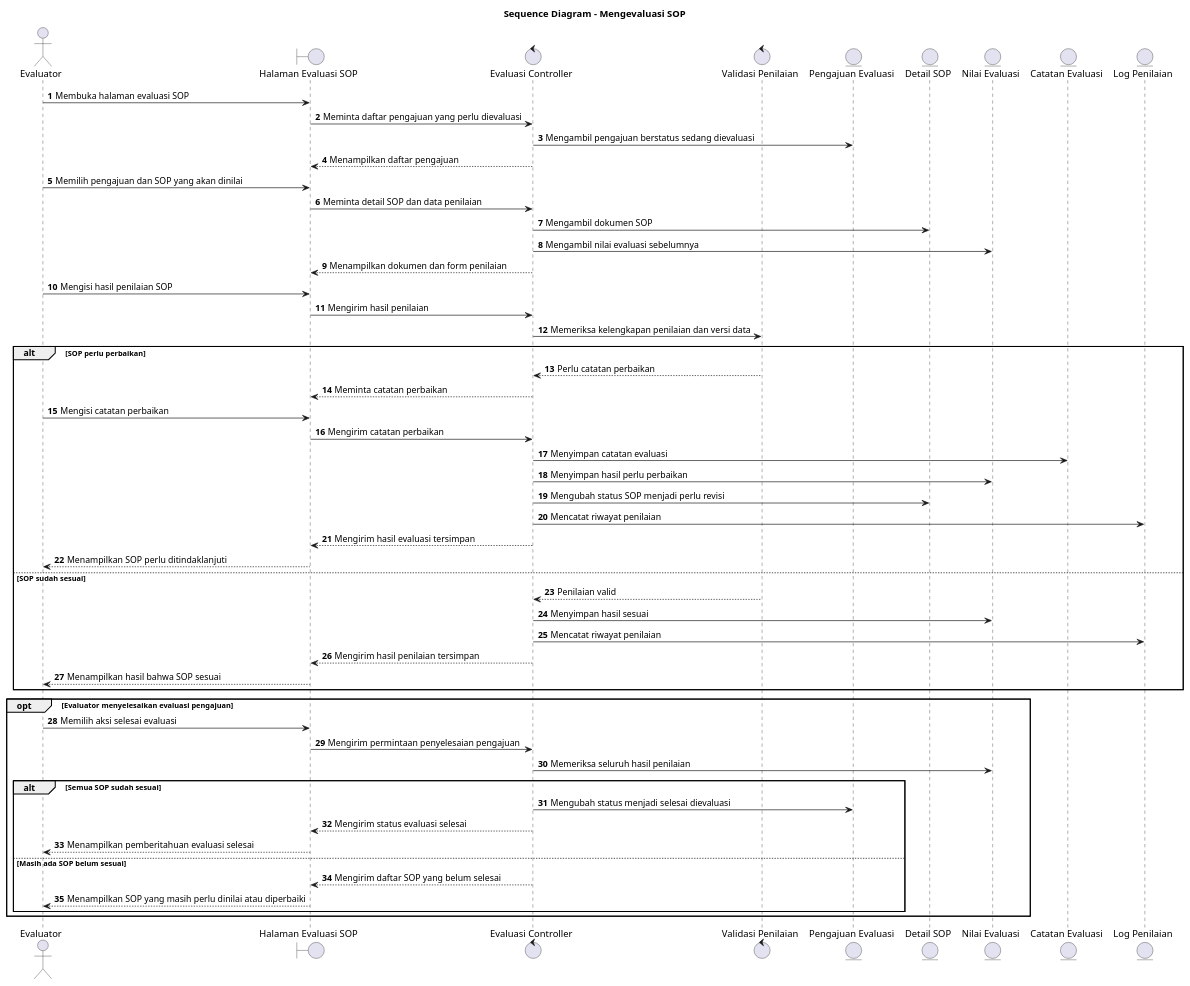
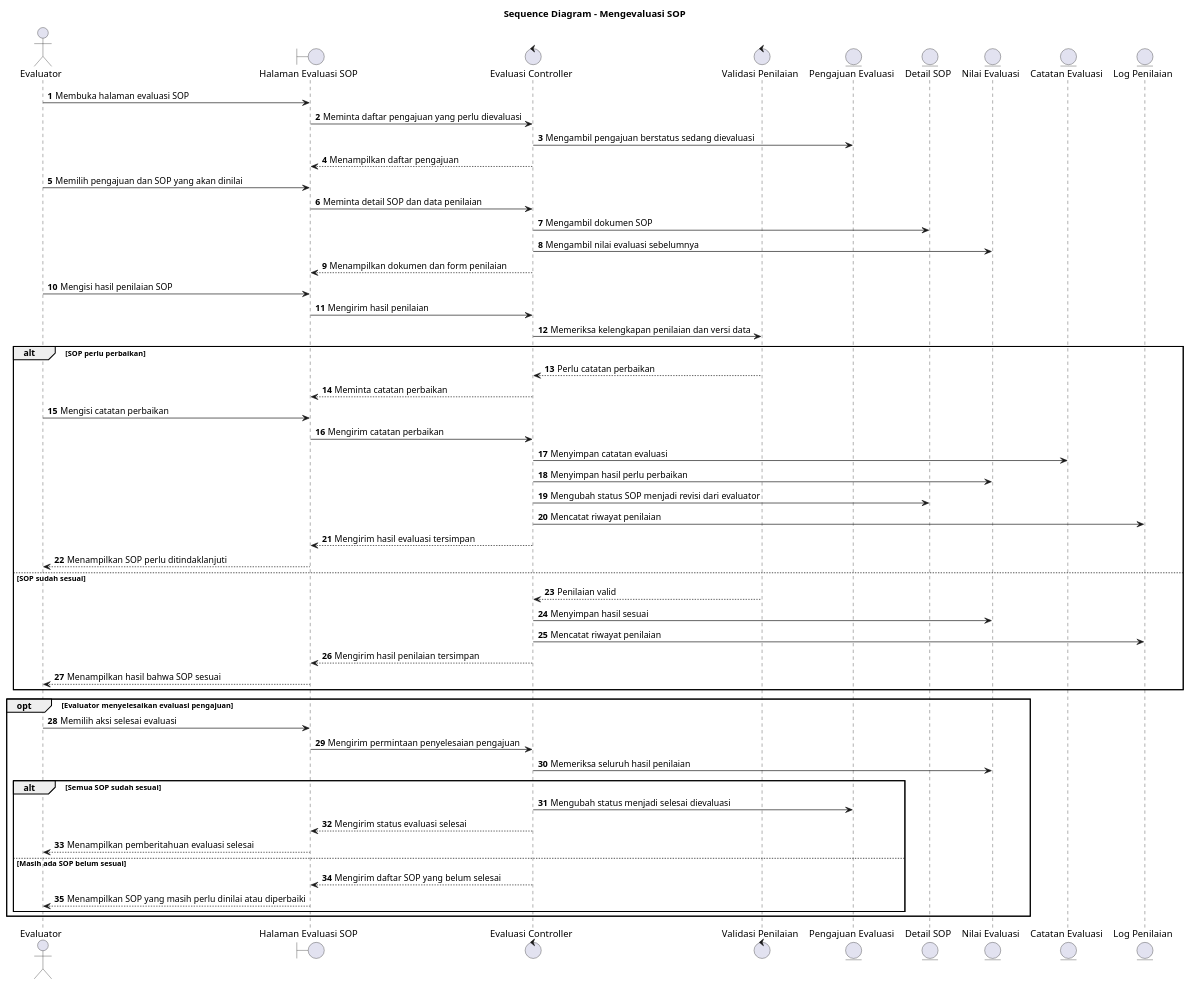
The diagram in docs/sequence/evaluator-mengevaluasi-sop.md (howlil/sop-generate-app), drawn with PlantUML before and after one commit. The commit also changed 18 other files, not shown here.

````diff
--- a/docs/sequence/evaluator-mengevaluasi-sop.md
+++ b/docs/sequence/evaluator-mengevaluasi-sop.md
@@ -16,65 +16,65 @@
 ```plantuml
 @startuml
 title Sequence Diagram - Mengevaluasi SOP
 autonumber
 
 actor "Evaluator" as Aktor
 boundary "Halaman Evaluasi SOP" as UI
 control "Evaluasi Controller" as EvalCtrl
 control "Validasi Penilaian" as Validasi
 entity "Pengajuan Evaluasi" as Pengajuan
 entity "Detail SOP" as Detail
 entity "Nilai Evaluasi" as Nilai
 entity "Catatan Evaluasi" as Catatan
 entity "Log Penilaian" as Log
 
 Aktor -> UI : Membuka halaman evaluasi SOP
 UI -> EvalCtrl : Meminta daftar pengajuan yang perlu dievaluasi
 EvalCtrl -> Pengajuan : Mengambil pengajuan berstatus sedang dievaluasi
 EvalCtrl --> UI : Menampilkan daftar pengajuan
 
 Aktor -> UI : Memilih pengajuan dan SOP yang akan dinilai
 UI -> EvalCtrl : Meminta detail SOP dan data penilaian
 EvalCtrl -> Detail : Mengambil dokumen SOP
 EvalCtrl -> Nilai : Mengambil nilai evaluasi sebelumnya
 EvalCtrl --> UI : Menampilkan dokumen dan form penilaian
 
 Aktor -> UI : Mengisi hasil penilaian SOP
 UI -> EvalCtrl : Mengirim hasil penilaian
 EvalCtrl -> Validasi : Memeriksa kelengkapan penilaian dan versi data
 
 alt SOP perlu perbaikan
   Validasi --> EvalCtrl : Perlu catatan perbaikan
   EvalCtrl --> UI : Meminta catatan perbaikan
   Aktor -> UI : Mengisi catatan perbaikan
   UI -> EvalCtrl : Mengirim catatan perbaikan
   EvalCtrl -> Catatan : Menyimpan catatan evaluasi
   EvalCtrl -> Nilai : Menyimpan hasil perlu perbaikan
-  EvalCtrl -> Detail : Mengubah status SOP menjadi perlu revisi
+  EvalCtrl -> Detail : Mengubah status SOP menjadi revisi dari evaluator
   EvalCtrl -> Log : Mencatat riwayat penilaian
   EvalCtrl --> UI : Mengirim hasil evaluasi tersimpan
   UI --> Aktor : Menampilkan SOP perlu ditindaklanjuti
 else SOP sudah sesuai
   Validasi --> EvalCtrl : Penilaian valid
   EvalCtrl -> Nilai : Menyimpan hasil sesuai
   EvalCtrl -> Log : Mencatat riwayat penilaian
   EvalCtrl --> UI : Mengirim hasil penilaian tersimpan
   UI --> Aktor : Menampilkan hasil bahwa SOP sesuai
 end
 
 opt Evaluator menyelesaikan evaluasi pengajuan
   Aktor -> UI : Memilih aksi selesai evaluasi
   UI -> EvalCtrl : Mengirim permintaan penyelesaian pengajuan
   EvalCtrl -> Nilai : Memeriksa seluruh hasil penilaian
   alt Semua SOP sudah sesuai
     EvalCtrl -> Pengajuan : Mengubah status menjadi selesai dievaluasi
     EvalCtrl --> UI : Mengirim status evaluasi selesai
     UI --> Aktor : Menampilkan pemberitahuan evaluasi selesai
   else Masih ada SOP belum sesuai
     EvalCtrl --> UI : Mengirim daftar SOP yang belum selesai
     UI --> Aktor : Menampilkan SOP yang masih perlu dinilai atau diperbaiki
   end
 end
 
 @enduml
 ```
````
